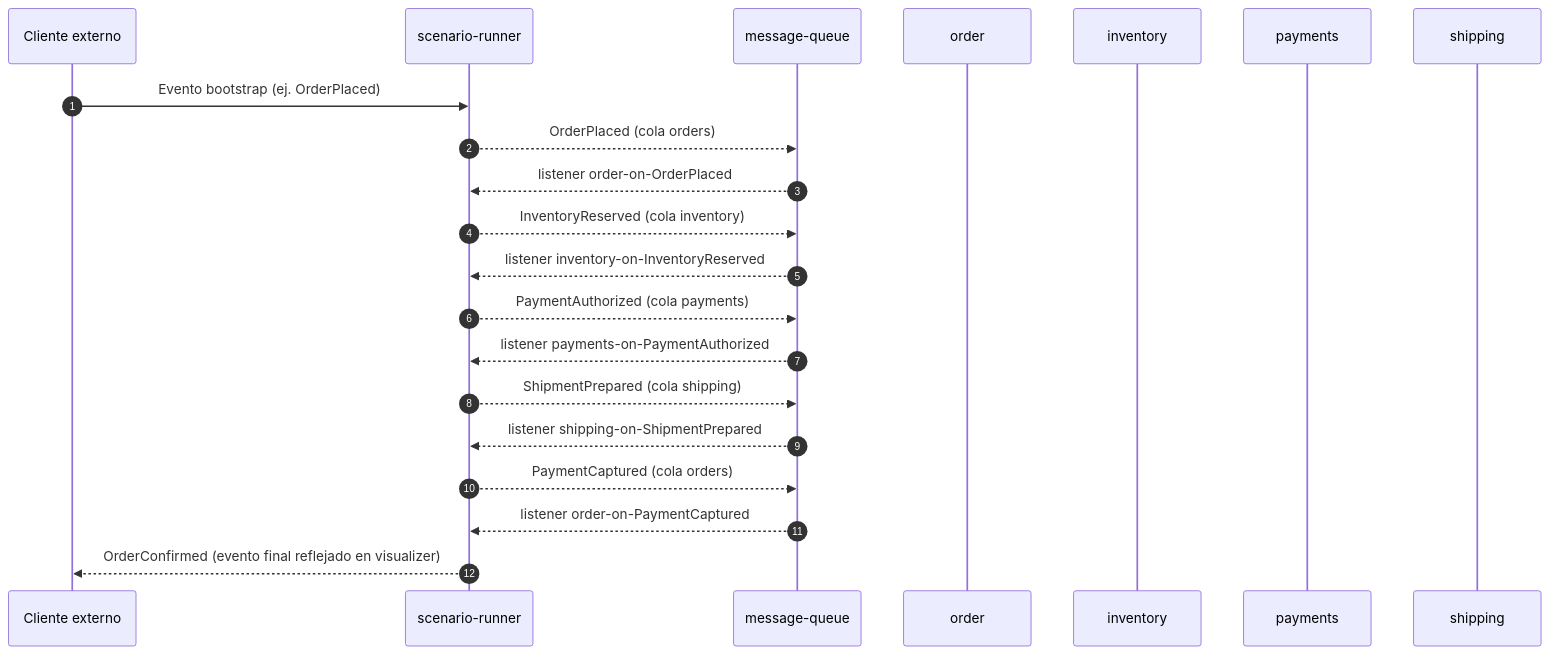
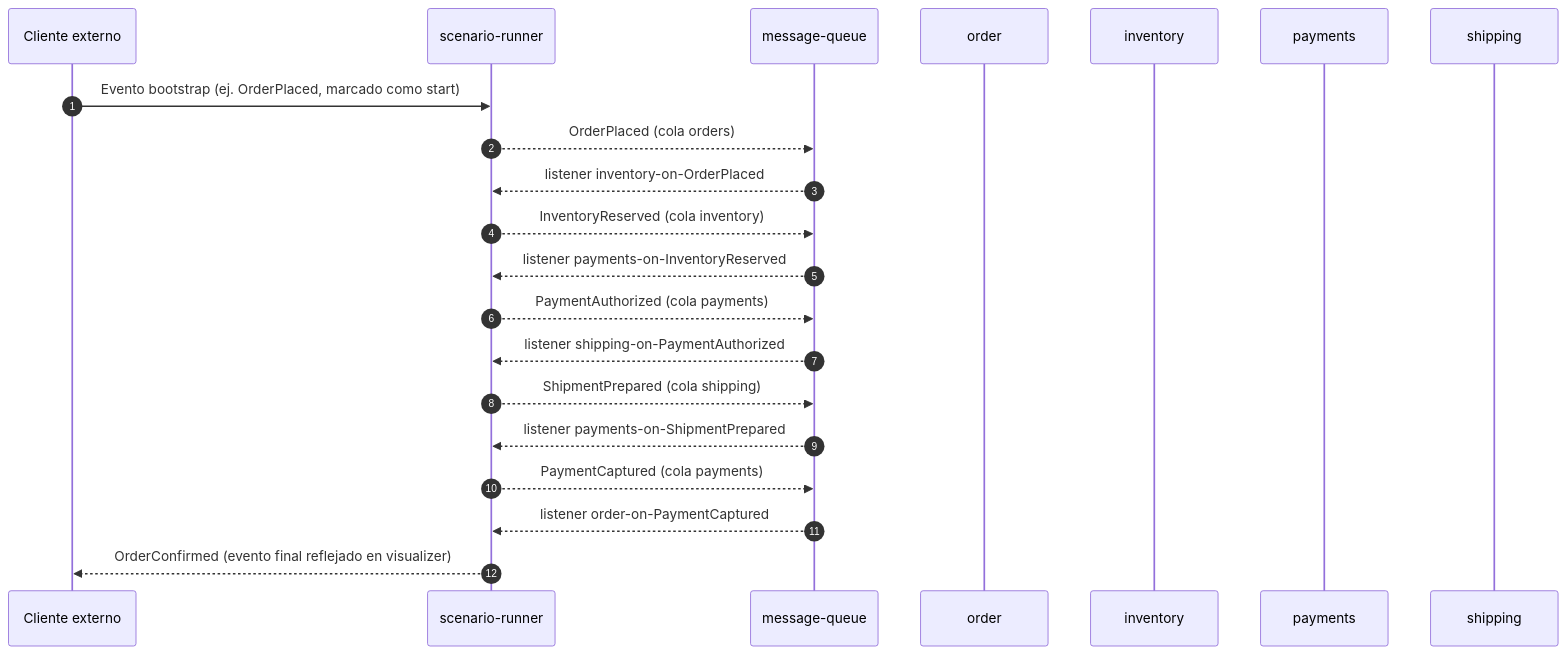
Before and after one commit to gedeondt/reatilerworkflow-charla: the diagram in docs/scenario.md, drawn with Mermaid. The commit also changed other lines of this file and 15 other files, not shown here.

````diff
--- a/docs/scenario.md
+++ b/docs/scenario.md
@@ -61,24 +60,24 @@
 ```mermaid
 sequenceDiagram
     autonumber
     participant C as Cliente externo
     participant SR as scenario-runner
     participant MQ as message-queue
     participant O as order
     participant I as inventory
     participant P as payments
     participant S as shipping
 
-    C->>SR: Evento bootstrap (ej. OrderPlaced)
+    C->>SR: Evento bootstrap (ej. OrderPlaced, marcado como start)
     SR-->>MQ: OrderPlaced (cola orders)
-    MQ-->>SR: listener order-on-OrderPlaced
+    MQ-->>SR: listener inventory-on-OrderPlaced
     SR-->>MQ: InventoryReserved (cola inventory)
-    MQ-->>SR: listener inventory-on-InventoryReserved
+    MQ-->>SR: listener payments-on-InventoryReserved
     SR-->>MQ: PaymentAuthorized (cola payments)
-    MQ-->>SR: listener payments-on-PaymentAuthorized
+    MQ-->>SR: listener shipping-on-PaymentAuthorized
     SR-->>MQ: ShipmentPrepared (cola shipping)
-    MQ-->>SR: listener shipping-on-ShipmentPrepared
-    SR-->>MQ: PaymentCaptured (cola orders)
+    MQ-->>SR: listener payments-on-ShipmentPrepared
+    SR-->>MQ: PaymentCaptured (cola payments)
     MQ-->>SR: listener order-on-PaymentCaptured
     SR-->>C: OrderConfirmed (evento final reflejado en visualizer)
 ```
````
